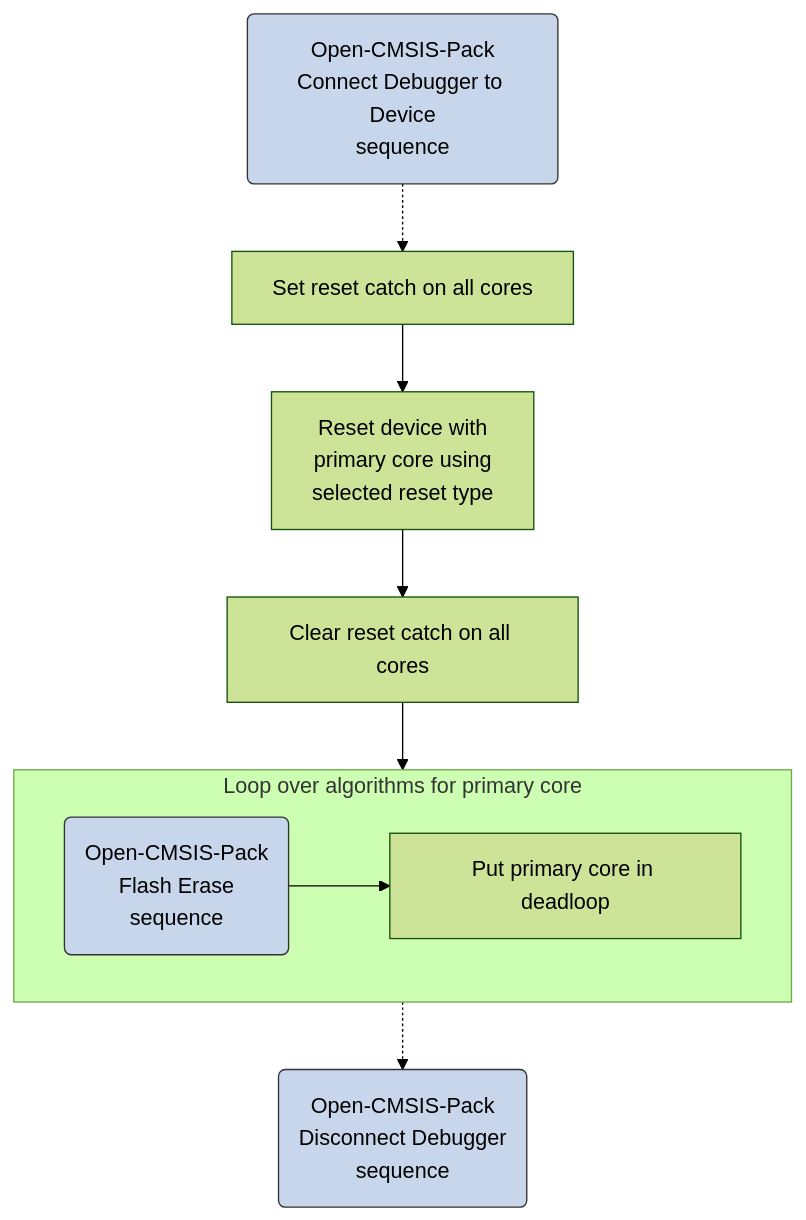
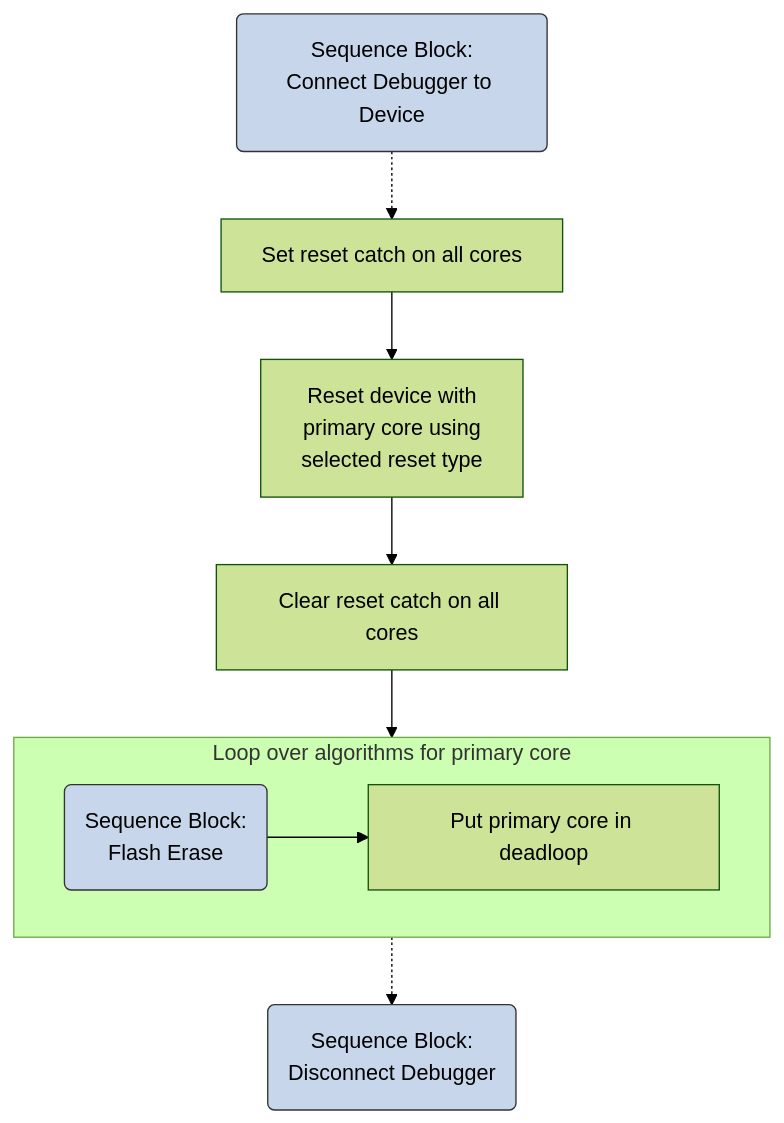
One commit to Open-CMSIS-Pack/cmsis-toolbox changed the first of 4 diagrams in docs/pyOCD-Debugger.md. Above: the diagram before and after it, drawn with Mermaid (forest theme). The commit also changed other lines of this file and 11 other files, not shown here.

````diff
--- a/docs/pyOCD-Debugger.md
+++ b/docs/pyOCD-Debugger.md
@@ -567,20 +688,20 @@
 ```mermaid
 flowchart TD
   classDef seq fill:#c7d6ea,stroke:#333;
 
-  B0(Open-CMSIS-Pack<br>Connect Debugger to Device<br>sequence):::seq
+  B0(Sequence Block:<br>Connect Debugger to Device):::seq
   click B0 "https://open-cmsis-pack.github.io/Open-CMSIS-Pack-Spec/main/html/debug_description.html#usage_of_sequences"
   B0 -.-> B1
   B1[Set reset catch on all cores] --> B2
   B2[Reset device with<br>primary core using<br>selected reset type] --> B3
   B3[Clear reset catch on all cores] --> loop
   subgraph loop[Loop over algorithms for primary core]
-    B4(Open-CMSIS-Pack<br>Flash Erase<br>sequence):::seq
+    B4(Sequence Block:<br>Flash Erase):::seq
     click B4 "https://open-cmsis-pack.github.io/Open-CMSIS-Pack-Spec/main/html/algorithmFunc.html"
     B4 --> B5
     B5[Put primary core in deadloop]
   end
   loop -.-> B6
-  B6(Open-CMSIS-Pack<br>Disconnect Debugger<br>sequence):::seq
+  B6(Sequence Block:<br>Disconnect Debugger):::seq
   click B6 "https://open-cmsis-pack.github.io/Open-CMSIS-Pack-Spec/main/html/debug_description.html#usage_of_sequences"
 ```
````
